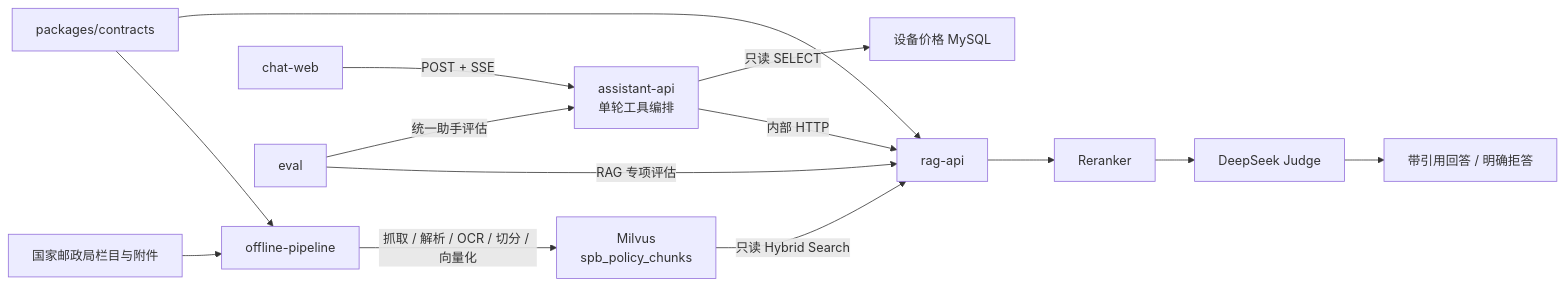
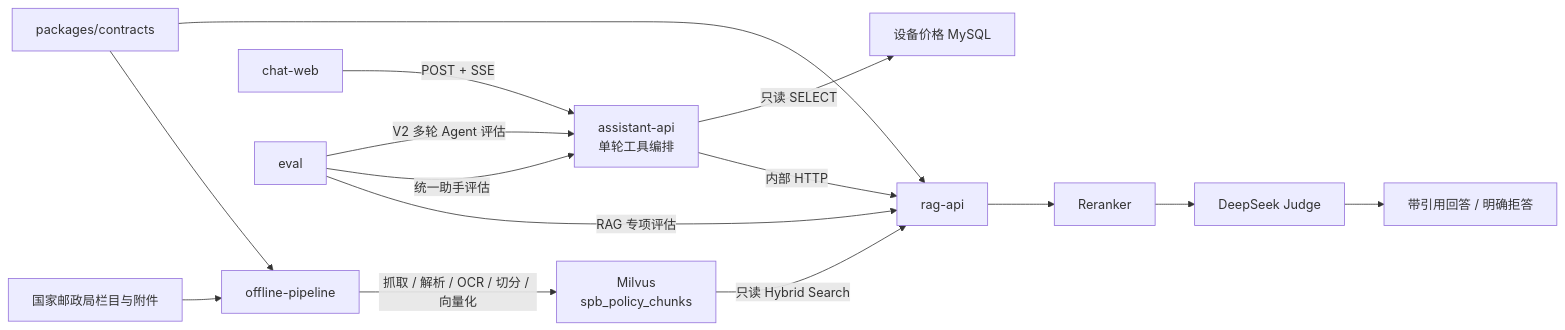
One commit to wwbotww/Intern26-spb changed the diagram in README.md. Above: the diagram before and after it, drawn with Mermaid. The commit also changed other lines of this file and 109 other files, not shown here.

````diff
--- a/README.md
+++ b/README.md
@@ -31,17 +33,18 @@
 ```mermaid
 flowchart LR
     S["国家邮政局栏目与附件"] --> O["offline-pipeline"]
     O -->|"抓取 / 解析 / OCR / 切分 / 向量化"| M["Milvus<br/>spb_policy_chunks"]
     C["packages/contracts"] --> O
     C --> R["rag-api"]
     M -->|"只读 Hybrid Search"| R
     R --> B["Reranker"]
     B --> J["DeepSeek Judge"]
     J --> G["带引用回答 / 明确拒答"]
     W["chat-web"] -->|"POST + SSE"| A
     E["eval"] -->|"RAG 专项评估"| R
     E -->|"统一助手评估"| A
+    E -->|"V2 多轮 Agent 评估"| A
     A["assistant-api<br/>单轮工具编排"]
     A -->|"内部 HTTP"| R
     A -->|"只读 SELECT"| Q["设备价格 MySQL"]
 ```
````
